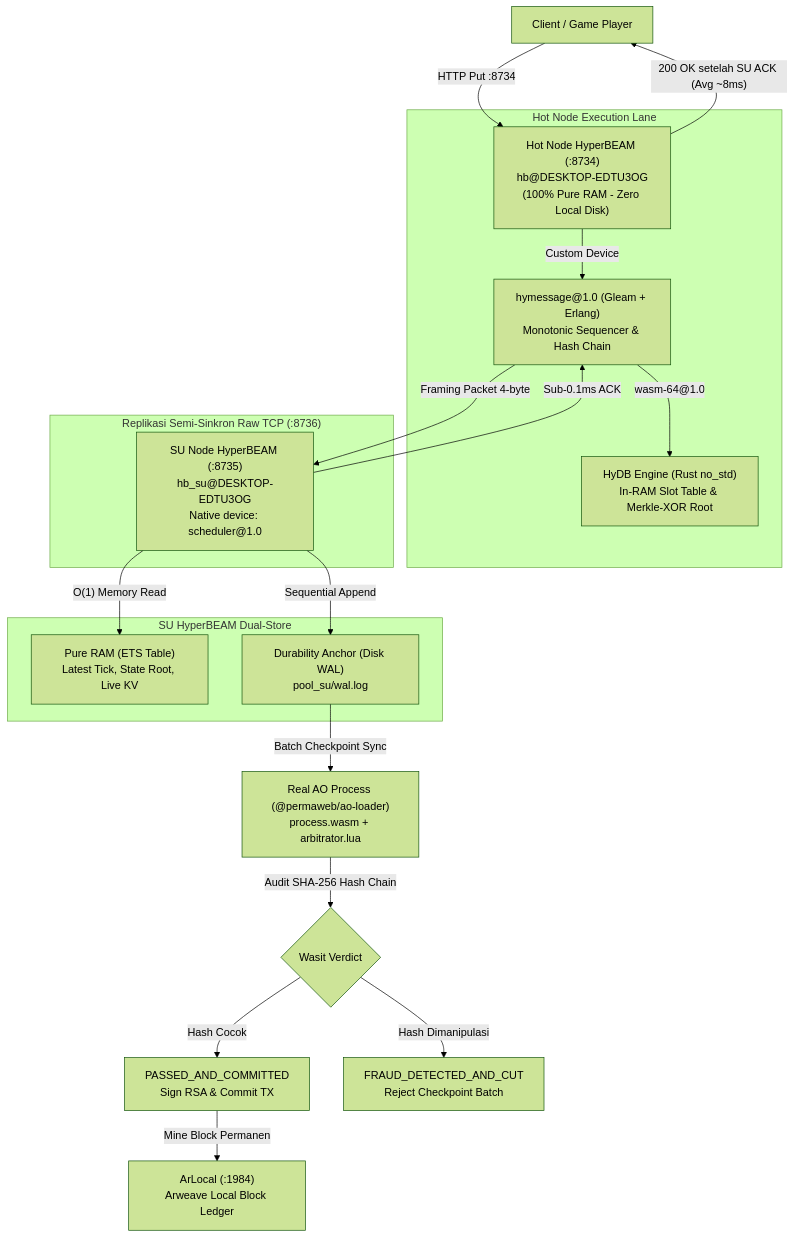
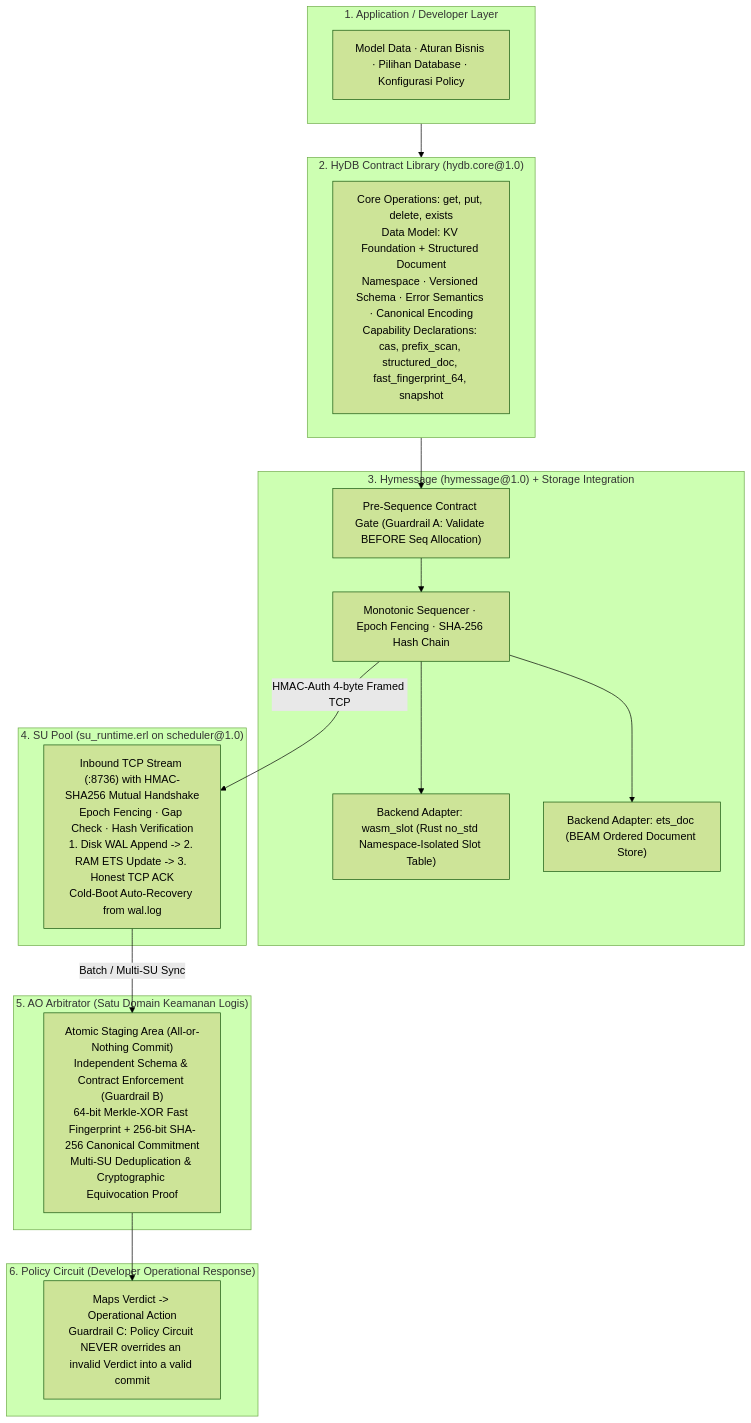
Before and after one commit to Wesslurr/database-stack-on-permaweb: the diagram in README.md, drawn with Mermaid (forest theme). The commit also changed other lines of this file and 17 other files, not shown here.

Commit message:
feat(core): implement HyDB Contract SDK with Pre-Flight Sandbox, Dynamic Lua Policy, and 14-phase verified sub-5ms fault-tolerant stack

````diff
--- a/README.md
+++ b/README.md
@@ -36,28 +25,34 @@
 ```mermaid
 flowchart TD
-    Client["Client / Game Player"] -->|"HTTP Put :8734"| HotNode["Hot Node HyperBEAM (:8734)<br/>hb@DESKTOP-EDTU3OG<br/>(100% Pure RAM - Zero Local Disk)"]
-    
-    subgraph HotNode_Internal ["Hot Node Execution Lane"]
-        HotNode -->|"Custom Device"| Hymessage["hymessage@1.0 (Gleam + Erlang)<br/>Monotonic Sequencer & Hash Chain"]
-        Hymessage -->|"wasm-64@1.0"| HyDB["HyDB Engine (Rust no_std)<br/>In-RAM Slot Table & Merkle-XOR Root"]
+    subgraph L1 ["1. Application / Developer Layer"]
+        App["Model Data · Aturan Bisnis · Pilihan Database · Konfigurasi Policy"]
     end
-    
-    subgraph BEAM_Replication ["Replikasi Semi-Sinkron Raw TCP (:8736)"]
-        Hymessage -->|"Framing Packet 4-byte"| SUNode["SU Node HyperBEAM (:8735)<br/>hb_su@DESKTOP-EDTU3OG<br/>Native device: scheduler@1.0"]
-        SUNode -->|"Sub-0.1ms ACK"| Hymessage
+
+    subgraph L2 ["2. HyDB Contract Library (hydb.core@1.0)"]
+        Contract["Core Operations: get, put, delete, exists<br/>Data Model: KV Foundation + Structured Document<br/>Namespace · Versioned Schema · Error Semantics · Canonical Encoding<br/>Capability Declarations: cas, prefix_scan, structured_doc, fast_fingerprint_64, snapshot"]
     end
-    
-    HotNode -->|"200 OK setelah SU ACK (Avg ~8ms)"| Client
-    
-    subgraph SUNode_Store ["SU HyperBEAM Dual-Store"]
-        SUNode -->|"O(1) Memory Read"| SURAM["Pure RAM (ETS Table)<br/>Latest Tick, State Root, Live KV"]
-        SUNode -->|"Sequential Append"| SUWAL["Durability Anchor (Disk WAL)<br/>pool_su/wal.log"]
+
+    subgraph L3 ["3. Hymessage (hymessage@1.0) + Storage Integration"]
+        Gate["Pre-Sequence Contract Gate (Guardrail A: Validate BEFORE Seq Allocation)"]
+        Sequencer["Monotonic Sequencer · Epoch Fencing · SHA-256 Hash Chain"]
+        WasmBackend["Backend Adapter: wasm_slot (Rust no_std Namespace-Isolated Slot Table)"]
+        DocBackend["Backend Adapter: ets_doc (BEAM Ordered Document Store)"]
     end
-    
-    SUWAL -->|"Batch Checkpoint Sync"| AoEvaluator["Real AO Process (@permaweb/ao-loader)<br/>process.wasm + arbitrator.lua"]
-    AoEvaluator -->|"Audit SHA-256 Hash Chain"| Wasit{"Wasit Verdict"}
-    Wasit -->|"Hash Cocok"| CommitOK["PASSED_AND_COMMITTED<br/>Sign RSA & Commit TX"]
-    Wasit -->|"Hash Dimanipulasi"| CutFraud["FRAUD_DETECTED_AND_CUT<br/>Reject Checkpoint Batch"]
-    
-    CommitOK -->|"Mine Block Permanen"| ArLocal["ArLocal (:1984)<br/>Arweave Local Block Ledger"]
+
+    subgraph L4 ["4. SU Pool (su_runtime.erl on scheduler@1.0)"]
+        SU["Inbound TCP Stream (:8736) with HMAC-SHA256 Mutual Handshake<br/>Epoch Fencing · Gap Check · Hash Verification<br/>1. Disk WAL Append -> 2. RAM ETS Update -> 3. Honest TCP ACK<br/>Cold-Boot Auto-Recovery from wal.log"]
+    end
+
+    subgraph L5 ["5. AO Arbitrator (Satu Domain Keamanan Logis)"]
+        Arbitrator["Atomic Staging Area (All-or-Nothing Commit)<br/>Independent Schema & Contract Enforcement (Guardrail B)<br/>64-bit Merkle-XOR Fast Fingerprint + 256-bit SHA-256 Canonical Commitment<br/>Multi-SU Deduplication & Cryptographic Equivocation Proof"]
+    end
+
+    subgraph L6 ["6. Policy Circuit (Developer Operational Response)"]
+        Policy["Maps Verdict -> Operational Action<br/>Guardrail C: Policy Circuit NEVER overrides an invalid Verdict into a valid commit"]
+    end
+
+    L1 --> L2 --> Gate --> Sequencer
+    Sequencer --> WasmBackend & DocBackend
+    Sequencer -->|"HMAC-Auth 4-byte Framed TCP"| SU
+    SU -->|"Batch / Multi-SU Sync"| Arbitrator --> Policy
 ```
````
